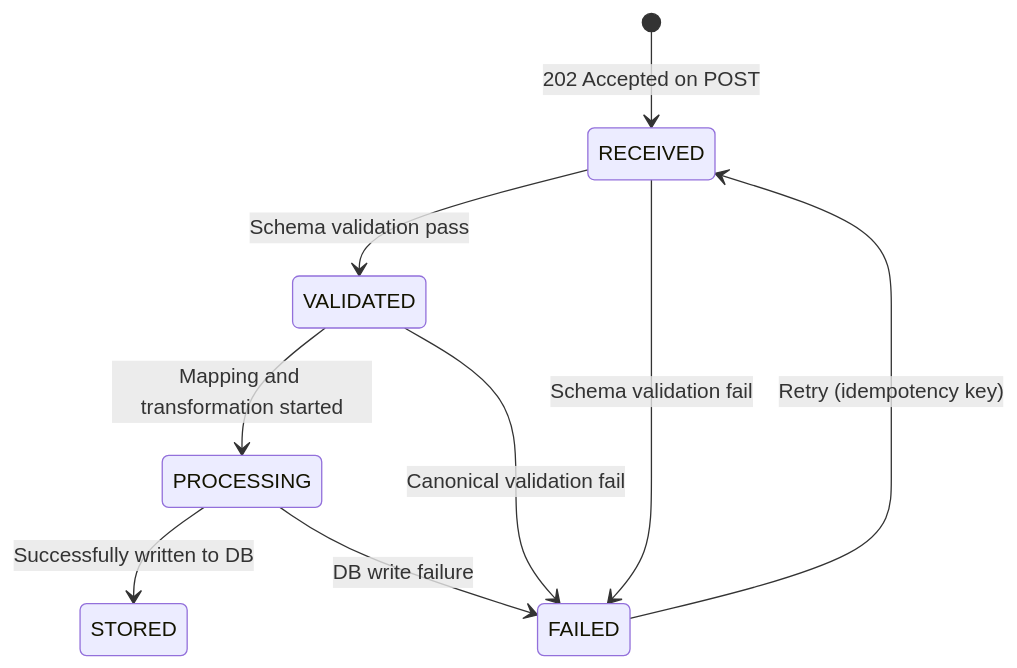
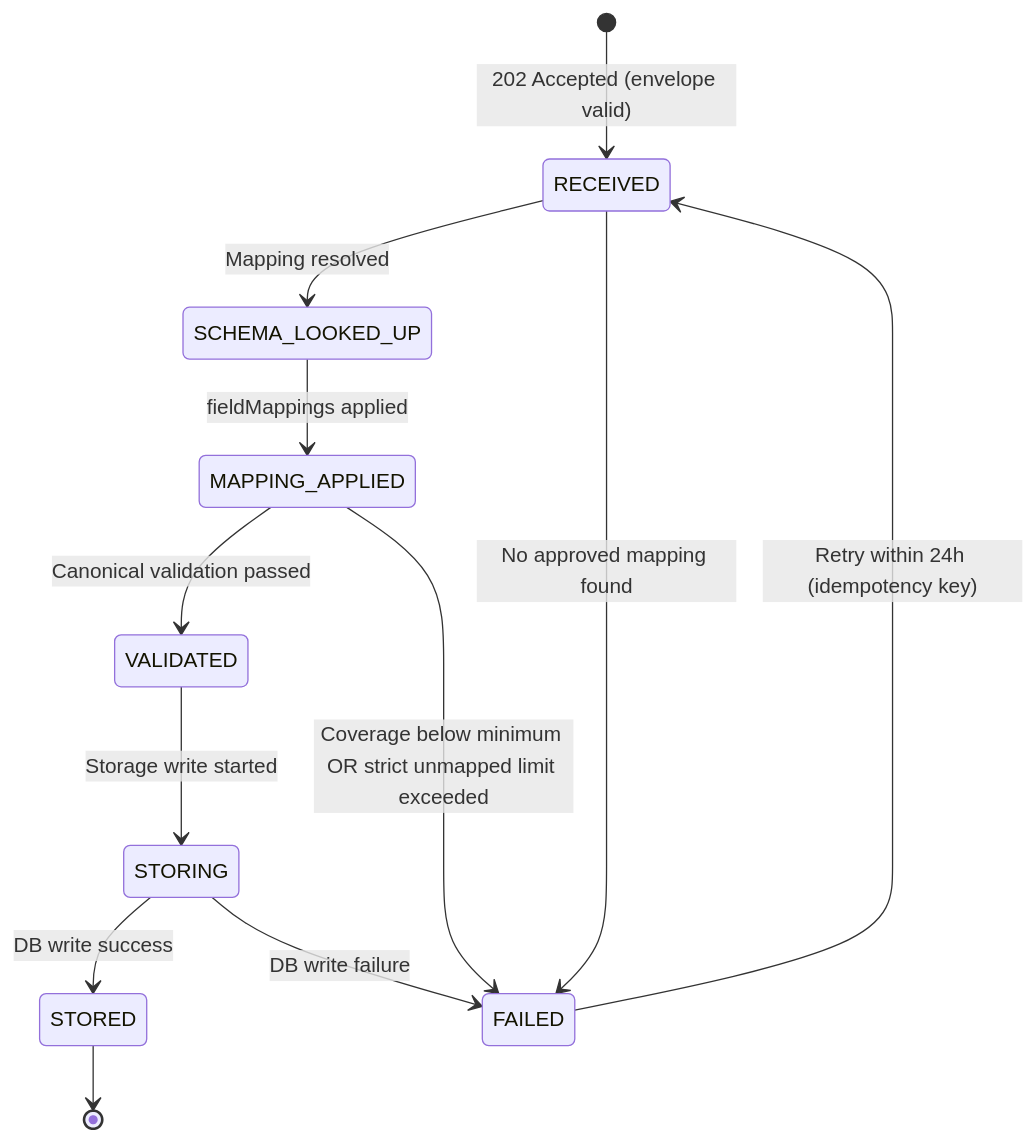
One commit to ashutoshbelulkar-coder/credit-harmony changed the diagram in docs/User stories/EPIC-15-Data-Submission-API.md. Above: the diagram before and after it, drawn with Mermaid. The commit also changed other lines of this file and 11 other files, not shown here.

````diff
--- a/docs/User stories/EPIC-15-Data-Submission-API.md
+++ b/docs/User stories/EPIC-15-Data-Submission-API.md
@@ -216,11 +351,14 @@
 ```mermaid
 stateDiagram-v2
-    [*] --> RECEIVED : 202 Accepted on POST
-    RECEIVED --> VALIDATED : Schema validation pass
-    RECEIVED --> FAILED : Schema validation fail
-    VALIDATED --> PROCESSING : Mapping and transformation started
-    VALIDATED --> FAILED : Canonical validation fail
-    PROCESSING --> STORED : Successfully written to DB
-    PROCESSING --> FAILED : DB write failure
-    FAILED --> RECEIVED : Retry (idempotency key)
+    [*] --> RECEIVED : 202 Accepted (envelope valid)
+    RECEIVED --> SCHEMA_LOOKED_UP : Mapping resolved
+    RECEIVED --> FAILED : No approved mapping found
+    SCHEMA_LOOKED_UP --> MAPPING_APPLIED : fieldMappings applied
+    MAPPING_APPLIED --> VALIDATED : Canonical validation passed
+    MAPPING_APPLIED --> FAILED : Coverage below minimum OR strict unmapped limit exceeded
+    VALIDATED --> STORING : Storage write started
+    STORING --> STORED : DB write success
+    STORING --> FAILED : DB write failure
+    STORED --> [*]
+    FAILED --> RECEIVED : Retry within 24h (idempotency key)
 ```
````
